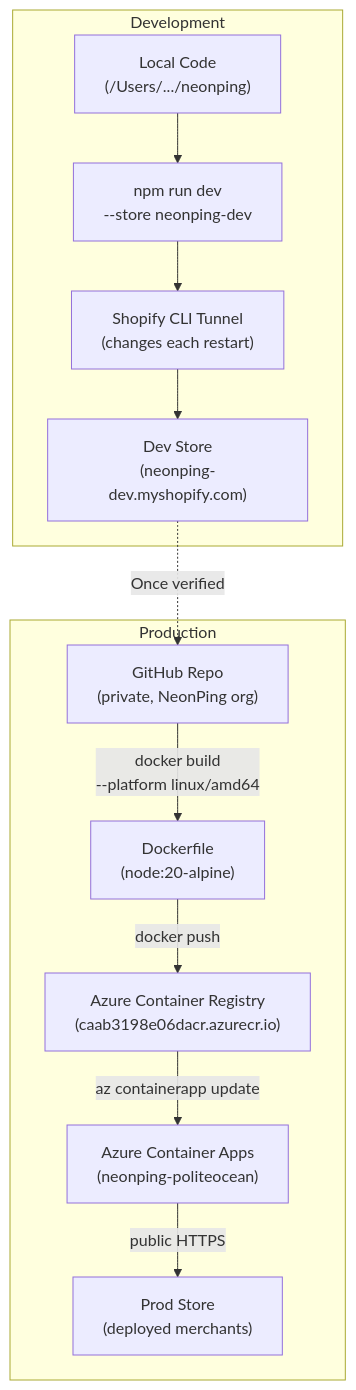
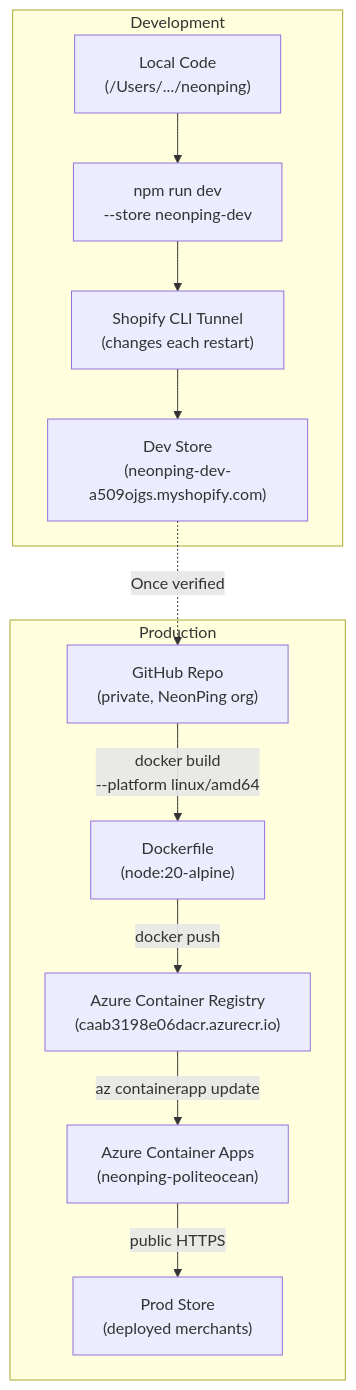
Before and after one commit to Yash3561/agents: the tenth of 11 diagrams in ARCHITECTURE.md, drawn with Mermaid. The commit also changed 15 other files, not shown here.

````diff
--- a/ARCHITECTURE.md
+++ b/ARCHITECTURE.md
@@ -444,28 +444,28 @@
 ```mermaid
 graph TB
     subgraph Dev["Development"]
         DevLocalCode["Local Code<br/>(/Users/.../neonping)"]
         DevNpm["npm run dev<br/>--store neonping-dev"]
         DevTunnel["Shopify CLI Tunnel<br/>(changes each restart)"]
-        DevStore["Dev Store<br/>(neonping-dev.myshopify.com)"]
+        DevStore["Dev Store<br/>(neonping-dev-a509ojgs.myshopify.com)"]
         
         DevLocalCode --> DevNpm
         DevNpm --> DevTunnel
         DevTunnel --> DevStore
     end
 
     subgraph Prod["Production"]
         GitHub["GitHub Repo<br/>(private, NeonPing org)"]
         Dockerfile["Dockerfile<br/>(node:20-alpine)"]
         ACR["Azure Container Registry<br/>(caab3198e06dacr.azurecr.io)"]
         ACA["Azure Container Apps<br/>(neonping-politeocean)"]
         ProdStore["Prod Store<br/>(deployed merchants)"]
         
         GitHub -->|docker build<br/>--platform linux/amd64| Dockerfile
         Dockerfile -->|docker push| ACR
         ACR -->|az containerapp update| ACA
         ACA -->|public HTTPS| ProdStore
     end
 
     DevStore -.->|Once verified| GitHub
 ```
````
